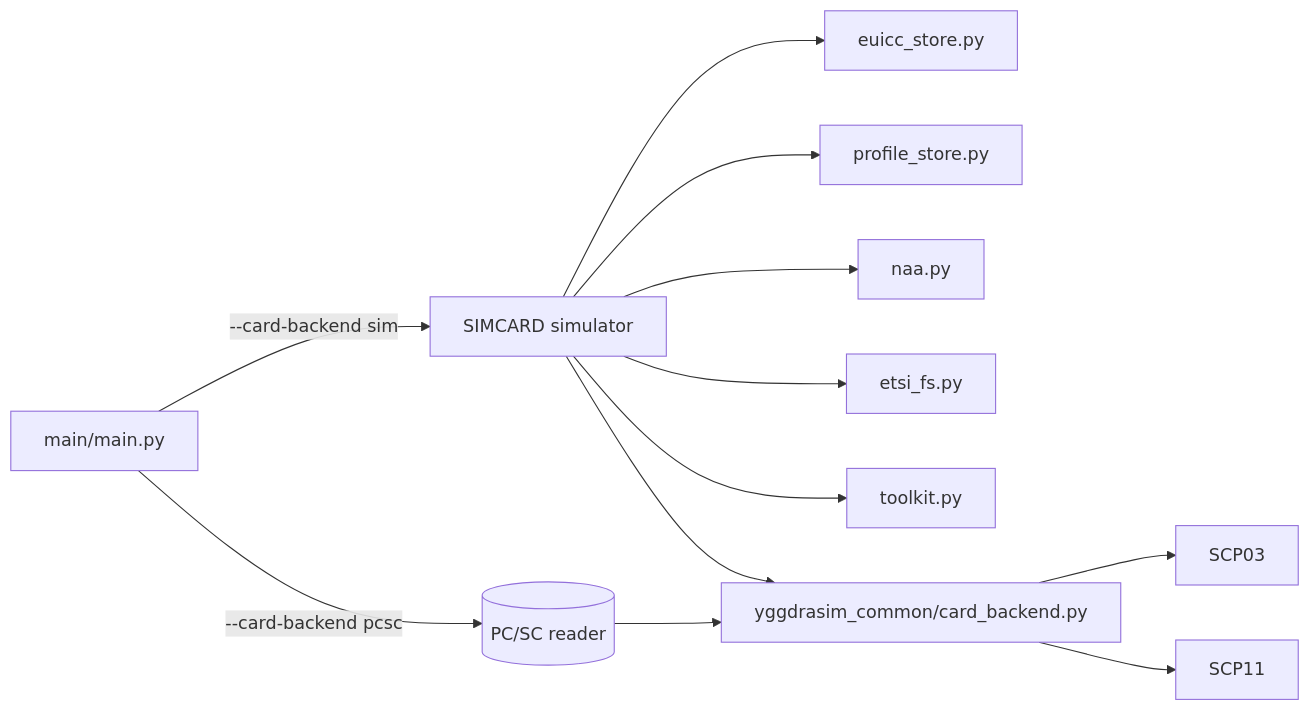
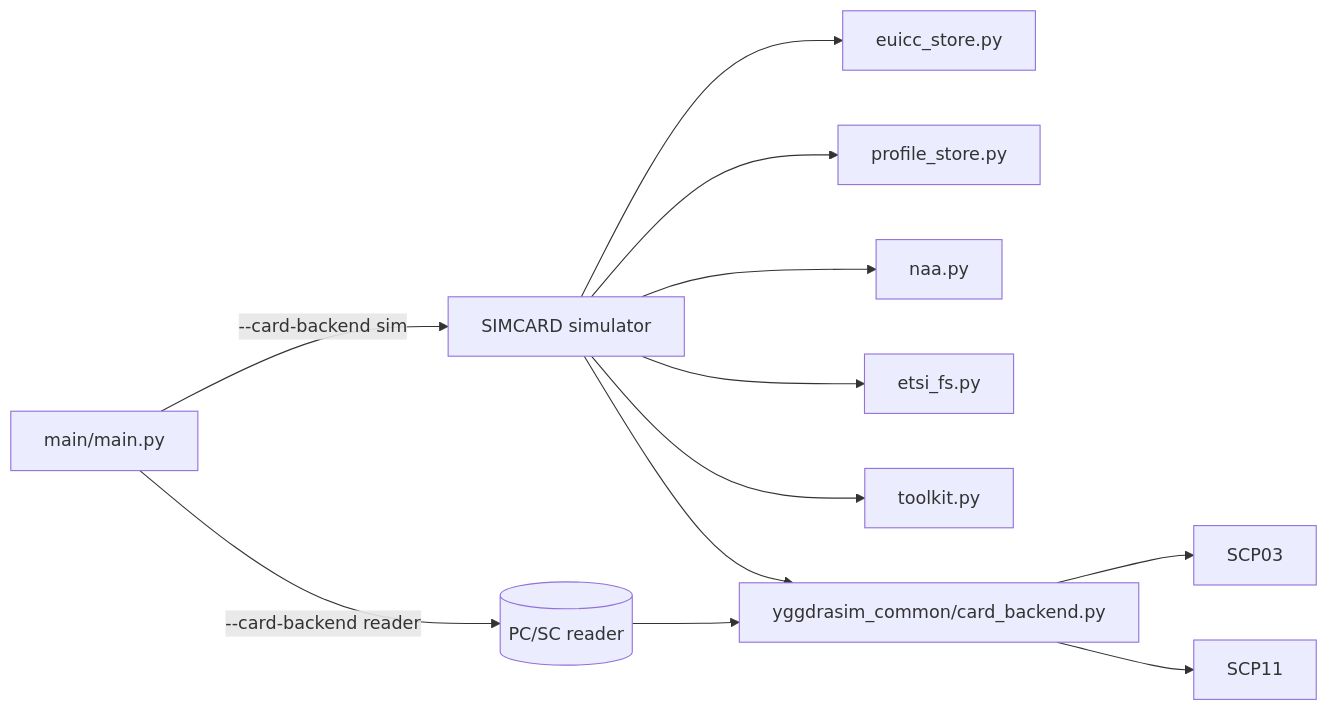
One commit to 1oT/YggdraSIM changed diagram 14 of 14 in site-docs/architecture.md. Above: the diagram before and after it, drawn with Mermaid. The commit also changed other lines of this file and 270 other files, not shown here.

````diff
--- a/site-docs/architecture.md
+++ b/site-docs/architecture.md
@@ -503,17 +517,17 @@
 ```mermaid
 flowchart LR
-    Launcher["main/main.py"] -->|--card-backend pcsc| PCSC[("PC/SC reader")]
+    Launcher["main/main.py"] -->|--card-backend reader| PCSC[("PC/SC reader")]
     Launcher -->|--card-backend sim| Sim["SIMCARD simulator"]
 
     Sim --> EuiccStore["euicc_store.py"]
     Sim --> ProfileStore["profile_store.py"]
     Sim --> Naa["naa.py"]
     Sim --> Etsi["etsi_fs.py"]
     Sim --> Toolkit["toolkit.py"]
 
     PCSC --> CardBackend["yggdrasim_common/card_backend.py"]
     Sim --> CardBackend
 
     CardBackend --> SCP03
     CardBackend --> SCP11
 ```
````
